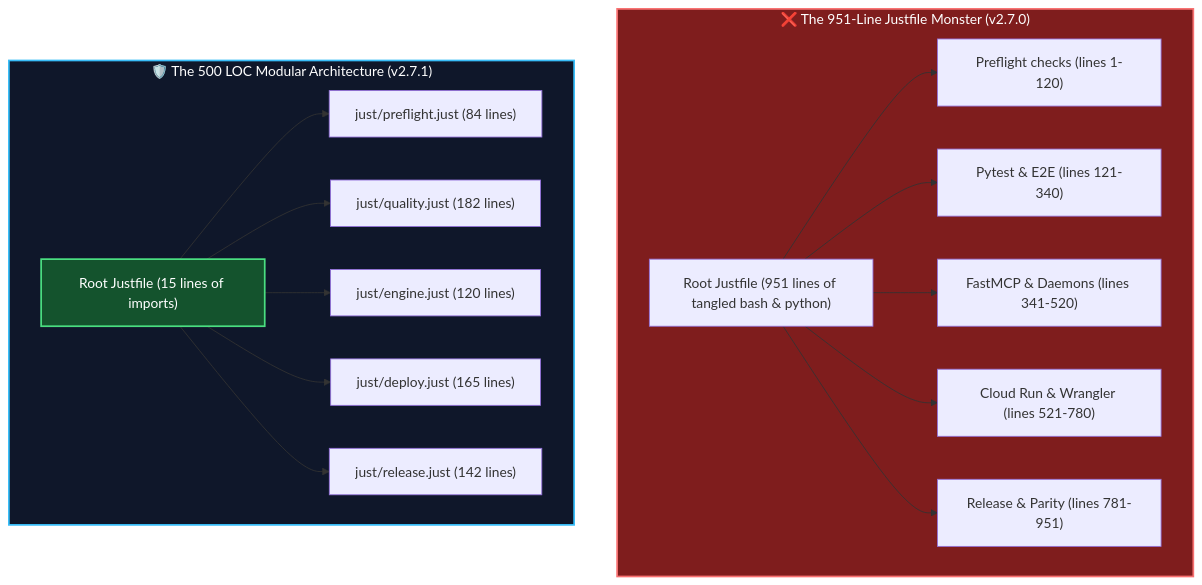
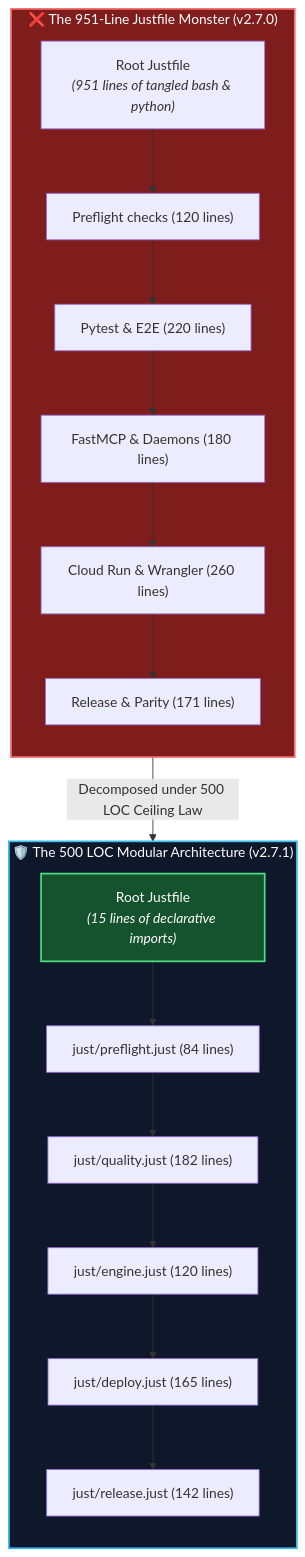
The diagram in blog/the-500-loc-ceiling.md (artibyrd/credence-docs), drawn with Mermaid before and after one commit. The commit also changed 10 other files, not shown here.

Commit message:
feat(ui): add interactive diagram pan-zoom controls, fullscreen lightbox, and optimize typography

````diff
--- a/blog/the-500-loc-ceiling.md
+++ b/blog/the-500-loc-ceiling.md
@@ -33,36 +33,28 @@
 ```mermaid
-graph TD
+flowchart TD
     subgraph TheMonolith ["❌ The 951-Line Justfile Monster (v2.7.0)"]
-        J_Root["Root Justfile (951 lines of tangled bash & python)"]
-        J_Pre["Preflight checks (lines 1-120)"]
-        J_Test["Pytest & E2E (lines 121-340)"]
-        J_Eng["FastMCP & Daemons (lines 341-520)"]
-        J_Dep["Cloud Run & Wrangler (lines 521-780)"]
-        J_Rel["Release & Parity (lines 781-951)"]
-        
-        J_Root --> J_Pre
-        J_Root --> J_Test
-        J_Root --> J_Eng
-        J_Root --> J_Dep
-        J_Root --> J_Rel
+        direction TB
+        J_Root["Root Justfile<br/><i>(951 lines of tangled bash & python)</i>"]
+        --> J_1["Preflight checks (120 lines)"]
+        --> J_2["Pytest & E2E (220 lines)"]
+        --> J_3["FastMCP & Daemons (180 lines)"]
+        --> J_4["Cloud Run & Wrangler (260 lines)"]
+        --> J_5["Release & Parity (171 lines)"]
     end
 
     subgraph ModularArchitecture ["🛡️ The 500 LOC Modular Architecture (v2.7.1)"]
-        Orch["Root Justfile (15 lines of imports)"]
-        P_Pre["just/preflight.just (84 lines)"]
-        P_Qual["just/quality.just (182 lines)"]
-        P_Eng["just/engine.just (120 lines)"]
-        P_Dep["just/deploy.just (165 lines)"]
-        P_Rel["just/release.just (142 lines)"]
-        
-        Orch --> P_Pre
-        Orch --> P_Qual
-        Orch --> P_Eng
-        Orch --> P_Dep
-        Orch --> P_Rel
+        direction TB
+        Orch["Root Justfile<br/><i>(15 lines of declarative imports)</i>"]
+        --> P_Pre["just/preflight.just (84 lines)"]
+        --> P_Qual["just/quality.just (182 lines)"]
+        --> P_Eng["just/engine.just (120 lines)"]
+        --> P_Dep["just/deploy.just (165 lines)"]
+        --> P_Rel["just/release.just (142 lines)"]
     end
+
+    TheMonolith -->|"Decomposed under 500 LOC Ceiling Law"| ModularArchitecture
 
     style TheMonolith fill:#7f1d1d,stroke:#f87171,stroke-width:2px,color:#fff
     style ModularArchitecture fill:#0f172a,stroke:#38bdf8,stroke-width:2px,color:#fff
     style Orch fill:#14532d,stroke:#4ade80,stroke-width:2px,color:#fff
 ```
````
